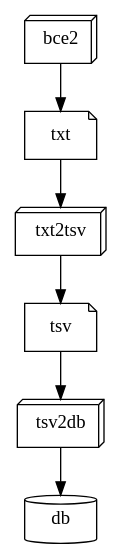
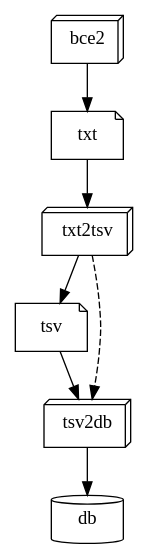
Before and after one commit to tieugene/bcerq: the diagram in doc/ImpEx.dot, drawn with Graphviz. The commit also changed 2 other files, not shown here.

```diff
--- a/doc/ImpEx.dot
+++ b/doc/ImpEx.dot
@@ -1,8 +1,9 @@
 // powered by https://dreampuf.github.io/GraphvizOnline/
 digraph {
     rankdir=TB;
     node [shape=note] {txt, tsv}
     node [shape=box3d] {bce2, txt2tsv, tsv2db}
-    node [shape=cylinder] {db}
+    db [shape=cylinder];
     bce2 -> txt -> txt2tsv -> tsv -> tsv2db -> db;
+    txt2tsv -> tsv2db [style=dashed];
 }
```
